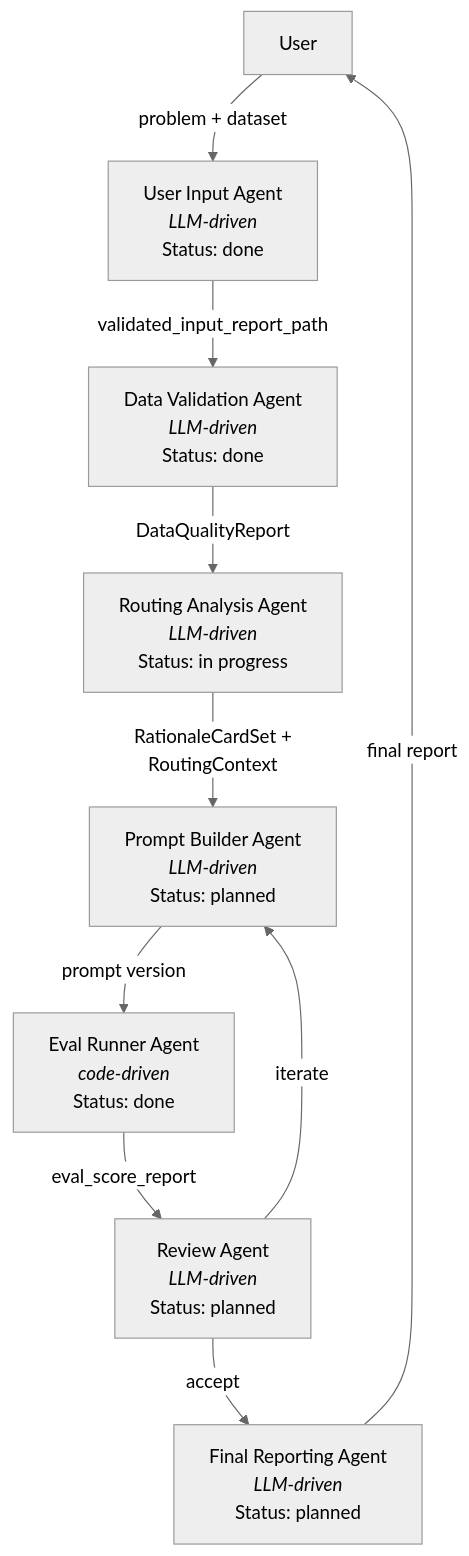
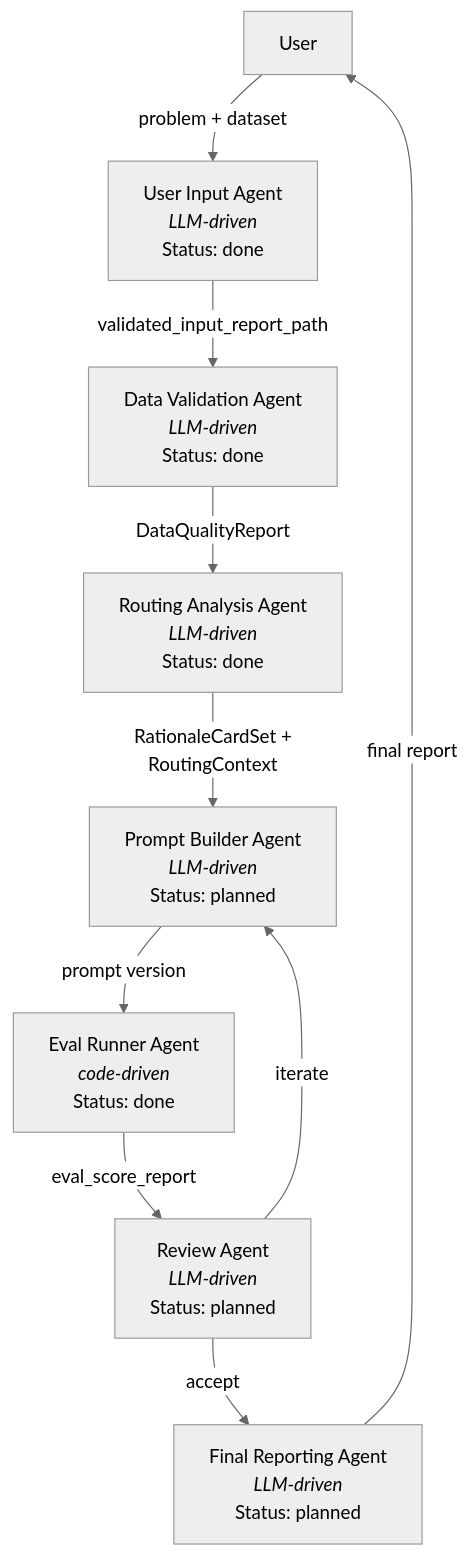
The diagram in docs/architecture.md (ProsusAI/Compass), drawn with Mermaid (neutral theme) before and after one commit. The commit also changed other lines of this file, not shown here.

First line of the commit message:
docs: update architecture with routing analysis agent context keys and tools

````diff
--- a/docs/architecture.md
+++ b/docs/architecture.md
@@ -7,12 +7,12 @@
 ```mermaid
 graph TD
     U["User"] -->|problem + dataset| A1["User Input Agent<br/><em>LLM-driven</em><br/>Status: done"]
     A1 -->|validated_input_report_path| A2["Data Validation Agent<br/><em>LLM-driven</em><br/>Status: done"]
-    A2 -->|DataQualityReport| A3["Routing Analysis Agent<br/><em>LLM-driven</em><br/>Status: in progress"]
+    A2 -->|DataQualityReport| A3["Routing Analysis Agent<br/><em>LLM-driven</em><br/>Status: done"]
     A3 -->|RationaleCardSet +<br/>RoutingContext| A4["Prompt Builder Agent<br/><em>LLM-driven</em><br/>Status: planned"]
     A4 -->|prompt version| A5["Eval Runner Agent<br/><em>code-driven</em><br/>Status: done"]
     A5 -->|eval_score_report| A6["Review Agent<br/><em>LLM-driven</em><br/>Status: planned"]
     A6 -->|iterate| A4
     A6 -->|accept| A7["Final Reporting Agent<br/><em>LLM-driven</em><br/>Status: planned"]
     A7 -->|final report| U
 ```
````
